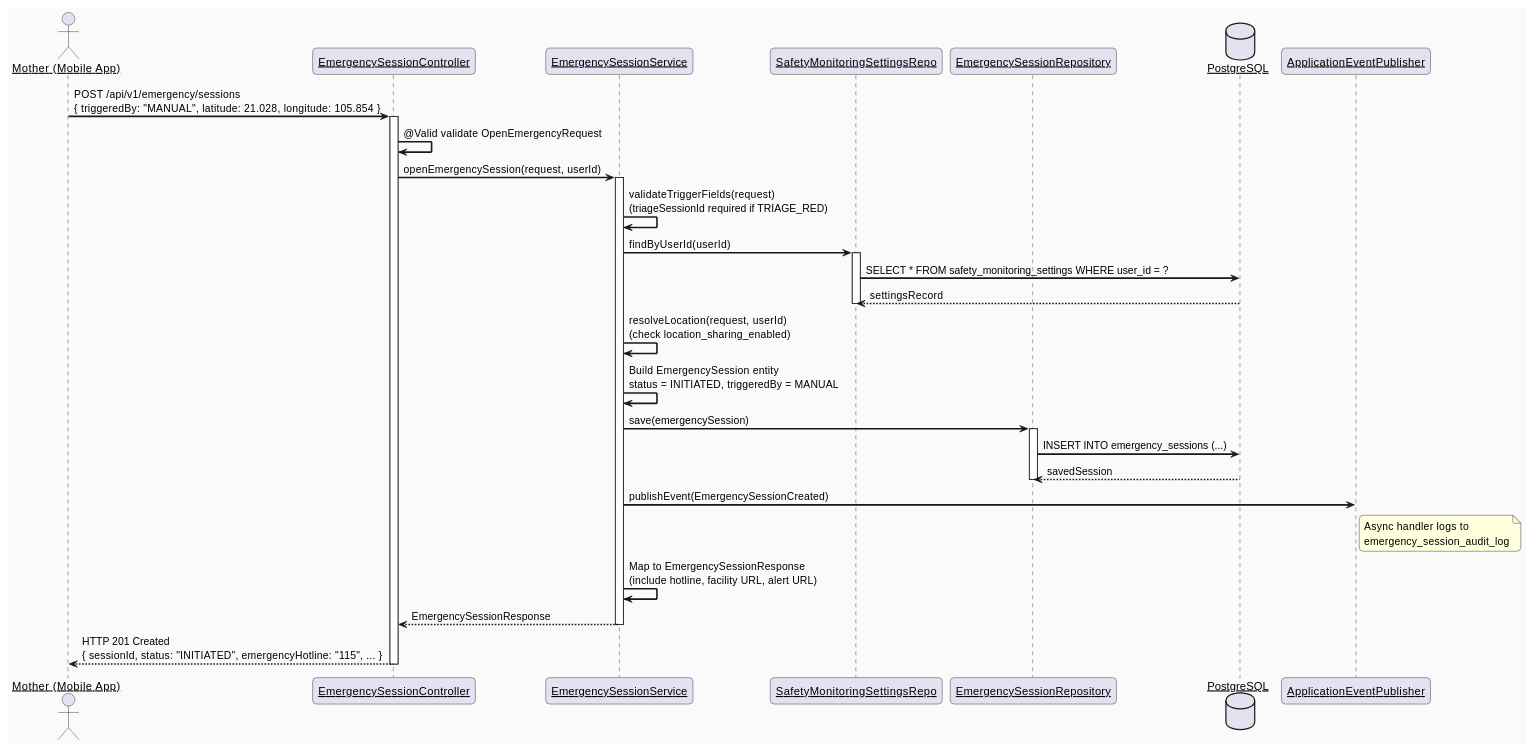
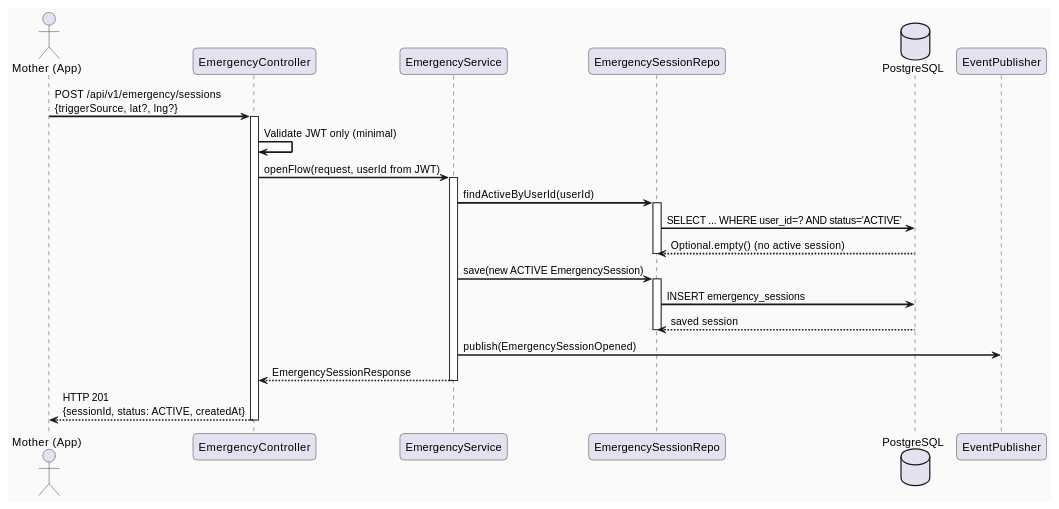
Before and after one commit to ChuongBDHE172784/CareBridge_SEP490_G79: the second of 4 diagrams in 04_Implement/UC62_OpenEmergencyFlow/UC62_OpenEmergencyFlow_TDS.md, drawn with PlantUML. The commit also changed other lines of this file and 75 other files, not shown here.

````diff
--- a/04_Implement/UC62_OpenEmergencyFlow/UC62_OpenEmergencyFlow_TDS.md
+++ b/04_Implement/UC62_OpenEmergencyFlow/UC62_OpenEmergencyFlow_TDS.md
@@ -459,56 +265,41 @@
 ```plantuml
-@startuml UC62_OpenEmergencyFlow_SequenceDiagram_HappyPath
+@startuml UC62_SequenceDiagram_HappyPath
 skinparam sequenceArrowThickness 2
 skinparam roundcorner 10
-skinparam sequenceParticipant underline
 skinparam backgroundColor #FAFAFA
 
-actor       "Mother (Mobile App)"  as Client
-participant "EmergencySessionController" as Controller
-participant "EmergencySessionService"    as Service
-participant "SafetyMonitoringSettingsRepo" as SettingsRepo
-participant "EmergencySessionRepository" as Repository
-database    "PostgreSQL"                 as DB
-participant "ApplicationEventPublisher"  as EventBus
+actor       "Mother (App)"         as Client
+participant "EmergencyController"  as Controller
+participant "EmergencyService"     as Service
+participant "EmergencySessionRepo" as Repository
+database    "PostgreSQL"           as DB
+participant "EventPublisher"       as Publisher
 
-Client -> Controller : POST /api/v1/emergency/sessions\n{ triggeredBy: "MANUAL", latitude: 21.028, longitude: 105.854 }
+Client -> Controller : POST /api/v1/emergency/sessions\n{triggerSource, lat?, lng?}
 activate Controller
 
-Controller -> Controller : @Valid validate OpenEmergencyRequest
-Controller -> Service : openEmergencySession(request, userId)
+Controller -> Controller : Validate JWT only (minimal)
+Controller -> Service : openFlow(request, userId from JWT)
 activate Service
 
-Service -> Service : validateTriggerFields(request)\n(triageSessionId required if TRIAGE_RED)
-
-Service -> SettingsRepo : findByUserId(userId)
-activate SettingsRepo
-SettingsRepo -> DB : SELECT * FROM safety_monitoring_settings WHERE user_id = ?
-DB --> SettingsRepo : settingsRecord
-deactivate SettingsRepo
-
-Service -> Service : resolveLocation(request, userId)\n(check location_sharing_enabled)
-
-Service -> Service : Build EmergencySession entity\nstatus = INITIATED, triggeredBy = MANUAL
-
-Service -> Repository : save(emergencySession)
+Service -> Repository : findActiveByUserId(userId)
 activate Repository
-Repository -> DB : INSERT INTO emergency_sessions (...)
-DB --> Repository : savedSession
+Repository -> DB : SELECT ... WHERE user_id=? AND status='ACTIVE'
+DB --> Repository : Optional.empty() (no active session)
 deactivate Repository
 
-Service -> EventBus : publishEvent(EmergencySessionCreated)
-note right of EventBus
-  Async handler logs to
-  emergency_session_audit_log
-end note
+Service -> Repository : save(new ACTIVE EmergencySession)
+activate Repository
+Repository -> DB : INSERT emergency_sessions
+DB --> Repository : saved session
+deactivate Repository
 
-Service -> Service : Map to EmergencySessionResponse\n(include hotline, facility URL, alert URL)
-
+Service -> Publisher : publish(EmergencySessionOpened)
 Service --> Controller : EmergencySessionResponse
 deactivate Service
 
-Controller --> Client : HTTP 201 Created\n{ sessionId, status: "INITIATED", emergencyHotline: "115", ... }
+Controller --> Client : HTTP 201\n{sessionId, status: ACTIVE, createdAt}
 deactivate Controller
 
 @enduml
 ```
````
